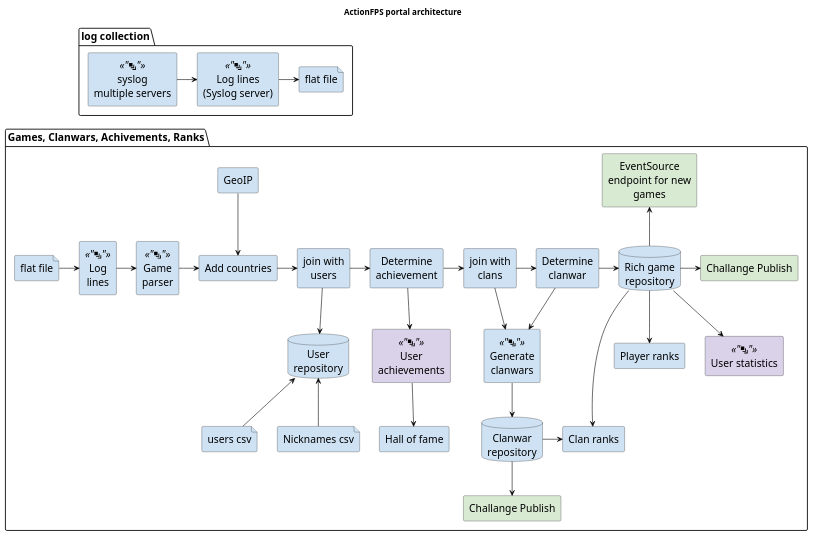
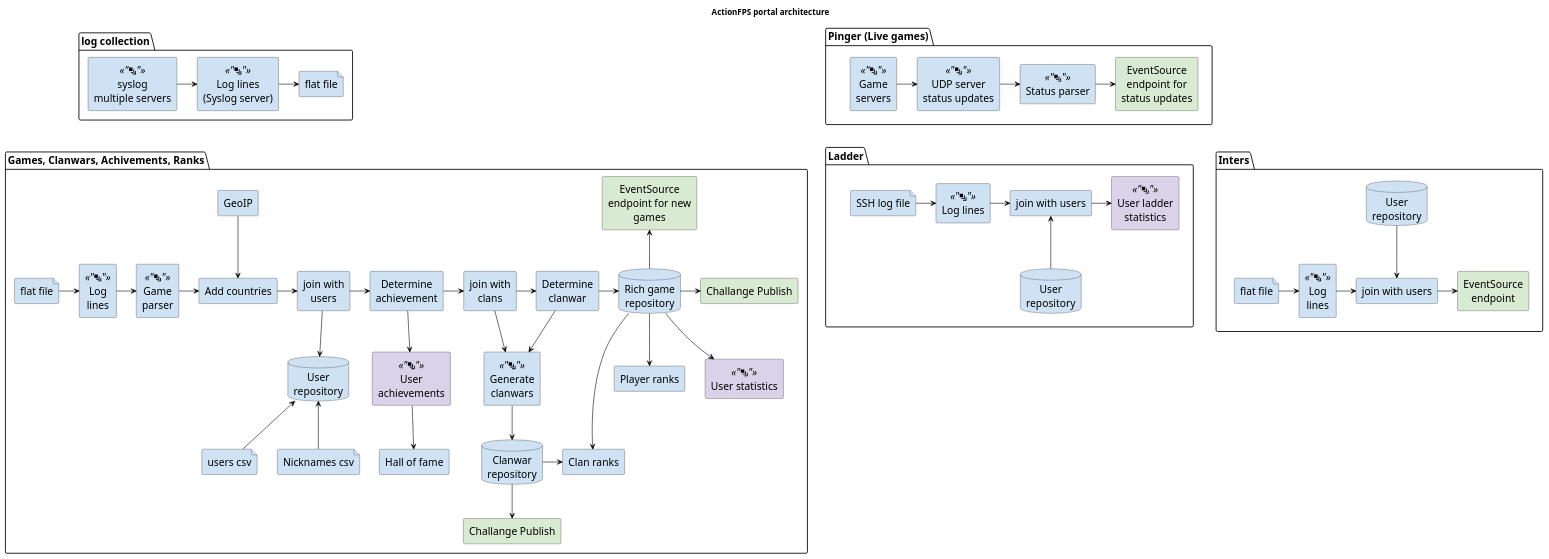
One commit to omainegra/ActionFPS changed the diagram in docs/architecture.plantuml. Above: the diagram before and after it, drawn with PlantUML.

Commit message:
PlantUML file should contain only have one diagram

```diff
--- a/docs/architecture.plantuml
+++ b/docs/architecture.plantuml
@@ -1,83 +1,128 @@
 @startuml
 skinparam DefaultTextAlignment center
 skinparam arrowColor #000000
 skinparam rectangleBackgroundColor #CFE2F3
 skinparam fileBackgroundColor #CFE2F3
 skinparam databaseBackgroundColor #CFE2F3
 skinparam defaultFontSize 18
 
 title ActionFPS portal architecture
 
 package "log collection" as p1 {
     rectangle "syslog\nmultiple servers" <<"<&layers>">> as syslog
     rectangle "Log lines\n(Syslog server)" <<"<&layers>">> as loglines
     file "flat file" as flatfile1
 
         syslog -> loglines
         loglines -> flatfile1
 }
 package "Games, Clanwars, Achivements, Ranks" as p2 {
 
     file "flat file" as flatFile2
     rectangle "Log\nlines" <<"<&layers>">> as logLines2
     rectangle "Game\nparser" <<"<&layers>">> as gameParser
     rectangle "Add countries" as addCountries
     rectangle "join with\nusers" as joinWithUsers
     rectangle "Determine\nachievement" as determineAchievement
     rectangle "join with\nclans" as joinWithClans
     rectangle "Determine\nclanwar" as determineClanwar
     database "Rich game\nrepository" as richGameRepository
 
 
         flatFile2 -> logLines2
         logLines2 -> gameParser
         gameParser -> addCountries
         addCountries -> joinWithUsers
         joinWithUsers -> determineAchievement
         determineAchievement -> joinWithClans
         joinWithClans -> determineClanwar
         determineClanwar -> richGameRepository
 
     rectangle "GeoIP" as geoIp
 
     loglines -[hidden]-> geoIp
 
         geoIp --> addCountries
 
     database "User\nrepository" as userRepository
     file "users csv" as users.csv
     file "Nicknames csv" as nicknames.csv
 
         joinWithUsers --> userRepository
         userRepository <-- users.csv
         userRepository <-- nicknames.csv
 
     rectangle "User\nachievements" <<"<&layers>">> as userAchievements #D9D2E9
     rectangle "Hall of fame" as hallOfFame
 
     determineAchievement --> userAchievements
     userAchievements --> hallOfFame
 
     rectangle "Generate\nclanwars" <<"<&layers>">> as generateClanwars
     database "Clanwar\nrepository" as clanwarRepository
     rectangle "Clan ranks" as clanRanks
     rectangle "Challange Publish" as challangePublish #D9EAD3
     rectangle "Player ranks" as playerRanks
     rectangle "User statistics" <<"<&layers>">> as userStatistics #D9D2E9
     rectangle "Challange Publish" as challangePublish2 #D9EAD3
     rectangle "EventSource\nendpoint for new\ngames" as eventSourceEndpoint #D9EAD3
 
 
         joinWithClans --> generateClanwars
         determineClanwar --> generateClanwars
         generateClanwars --> clanwarRepository
         clanwarRepository -> clanRanks
         clanwarRepository --> challangePublish
         richGameRepository --> clanRanks
         richGameRepository --> playerRanks
         richGameRepository --> userStatistics
         richGameRepository -> challangePublish2
         eventSourceEndpoint <-- richGameRepository
 }
 
+skinparam DefaultTextAlignment center
+skinparam arrowColor #000000
+skinparam rectangleBackgroundColor #CFE2F3
+skinparam fileBackgroundColor #CFE2F3
+skinparam databaseBackgroundColor #CFE2F3
+skinparam defaultFontSize 18
+
+package "Pinger (Live games)" as p3 {
+    rectangle "Game\nservers" <<"<&layers>">> as gameServers
+    rectangle "UDP server\nstatus updates" <<"<&layers>">> as udpServer
+    rectangle "Status parser" <<"<&layers>">> as statusParser
+    rectangle "EventSource\nendpoint for\nstatus updates" as eventSourceEndpoint2 #D9EAD3
+
+        gameServers -> udpServer
+        udpServer -> statusParser
+        statusParser -> eventSourceEndpoint2
+}
+
+package "Ladder" as p4 {
+    file "SSH log file" as sshLogFile
+    rectangle "Log lines" <<"<&layers>">> as logLines3
+    rectangle "join with users" as joinWithUsers2
+    rectangle "User ladder\nstatistics" <<"<&layers>">> as userLadderStatistics #D9D2E9
+    database "User\nrepository"  as userRepository2
+
+        sshLogFile -> logLines3
+        logLines3 -> joinWithUsers2
+        joinWithUsers2 -> userLadderStatistics
+        joinWithUsers2 <-- userRepository2
+}
+p3 -[hidden]-> p4
+
+package "Inters" as p5 {
+    database "User\nrepository" as userRepository3
+    file "flat file" as flatFile3
+    rectangle "Log\nlines" <<"<&layers>">> as logLines4
+    rectangle "join with users" as joinWithUsers3
+    rectangle "EventSource\nendpoint" as eventSourceEndpoint3 #D9EAD3
+
+        userRepository3 --> joinWithUsers3
+        flatFile3 -> logLines4
+        logLines4 -> joinWithUsers3
+        joinWithUsers3 -> eventSourceEndpoint3
+}
+p4 -[hidden]> p5
 @enduml
```
